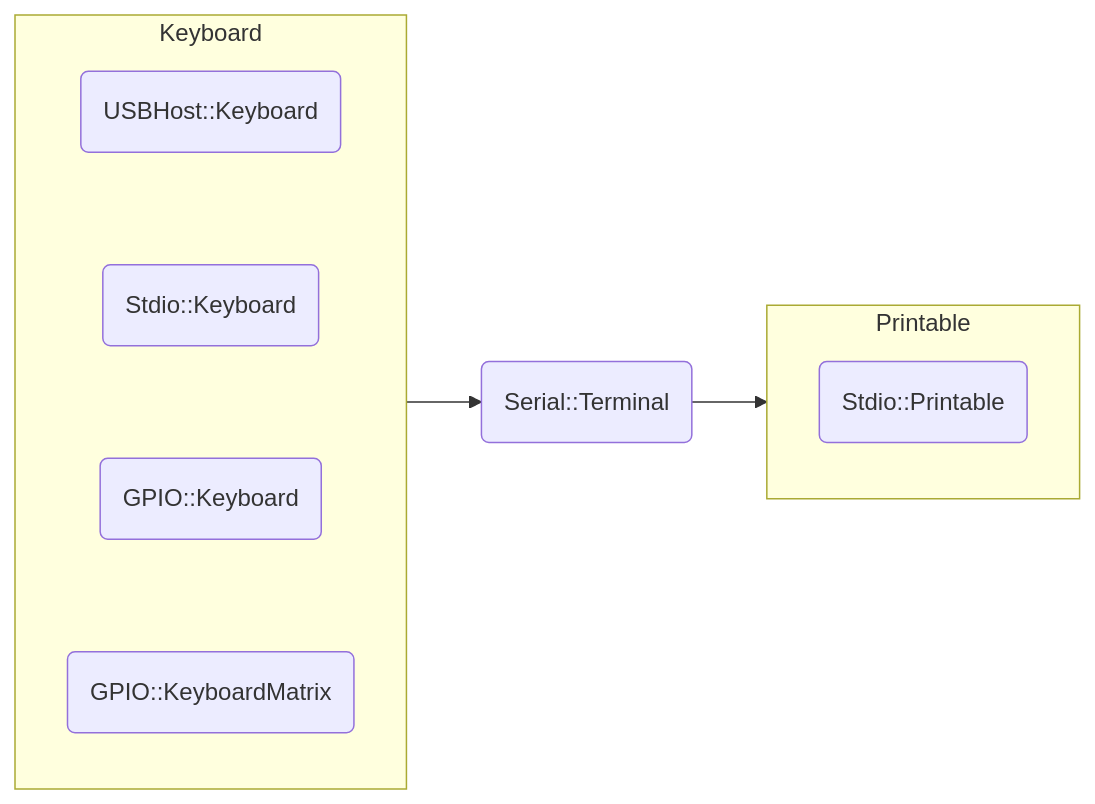
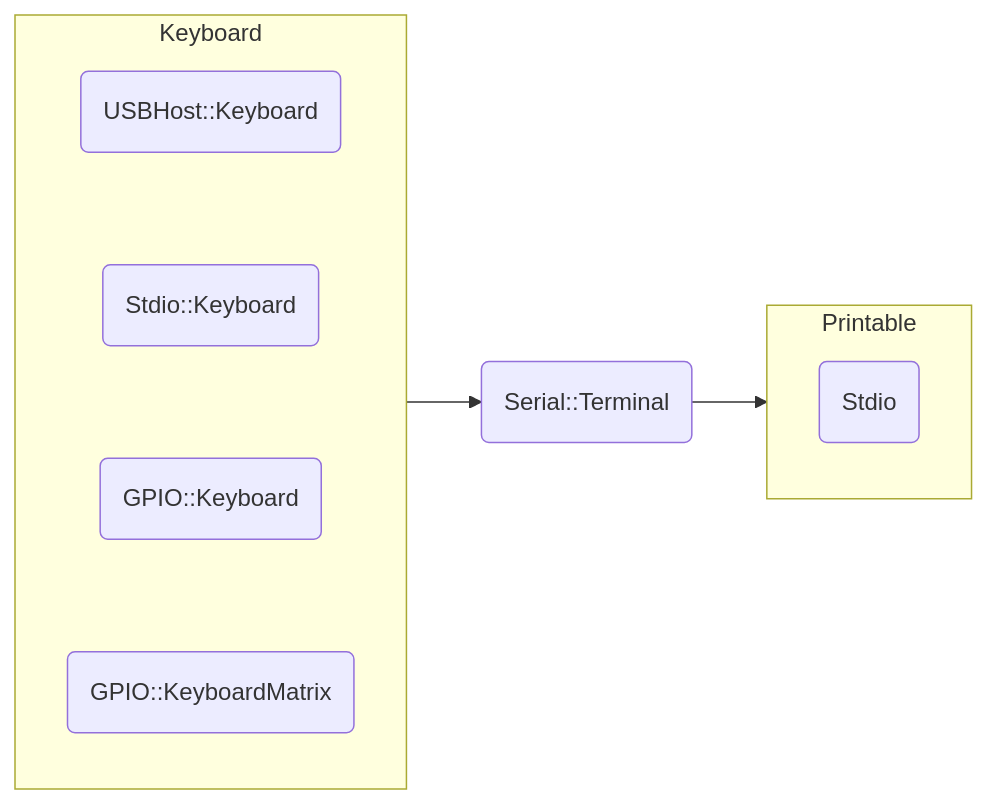
The second of 2 diagrams in articles/2025-04-06-cmdline-editor.md (ypsitau/zenn), drawn with Mermaid before and after one commit. The commit also changed other lines of this file and 6 other files, not shown here.

````diff
--- a/articles/2025-04-06-cmdline-editor.md
+++ b/articles/2025-04-06-cmdline-editor.md
@@ -59,10 +57,10 @@
 ```mermaid
 graph LR
   subgraph Keyboard
     K1(USBHost::Keyboard) ~~~ K2(Stdio::Keyboard) ~~~ K3(GPIO::Keyboard) ~~~ K4(GPIO::KeyboardMatrix)
   end
   subgraph Printable
-    P1(Stdio::Printable)
+    P1(Stdio)
   end
   Keyboard-->T(Serial::Terminal)-->Printable
 ```
````
